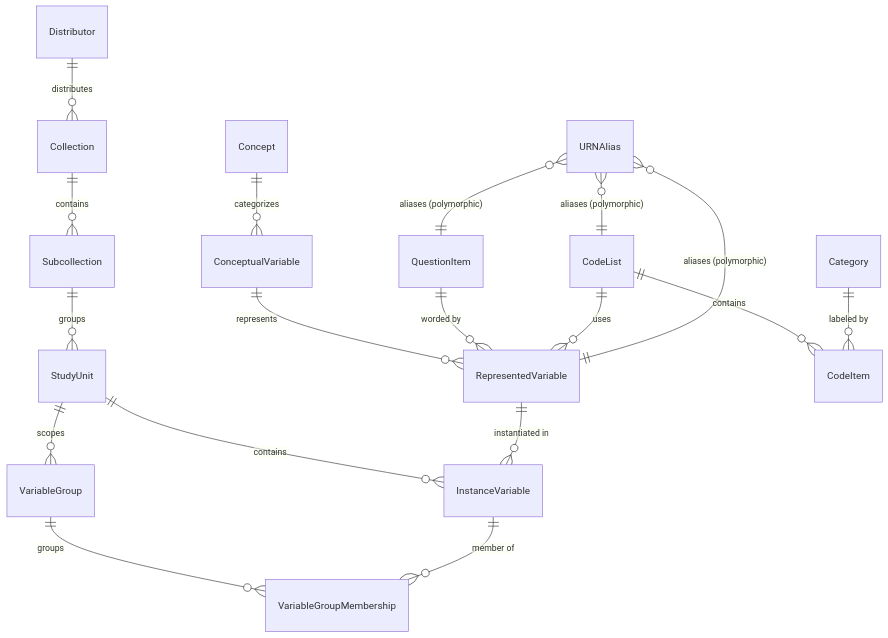
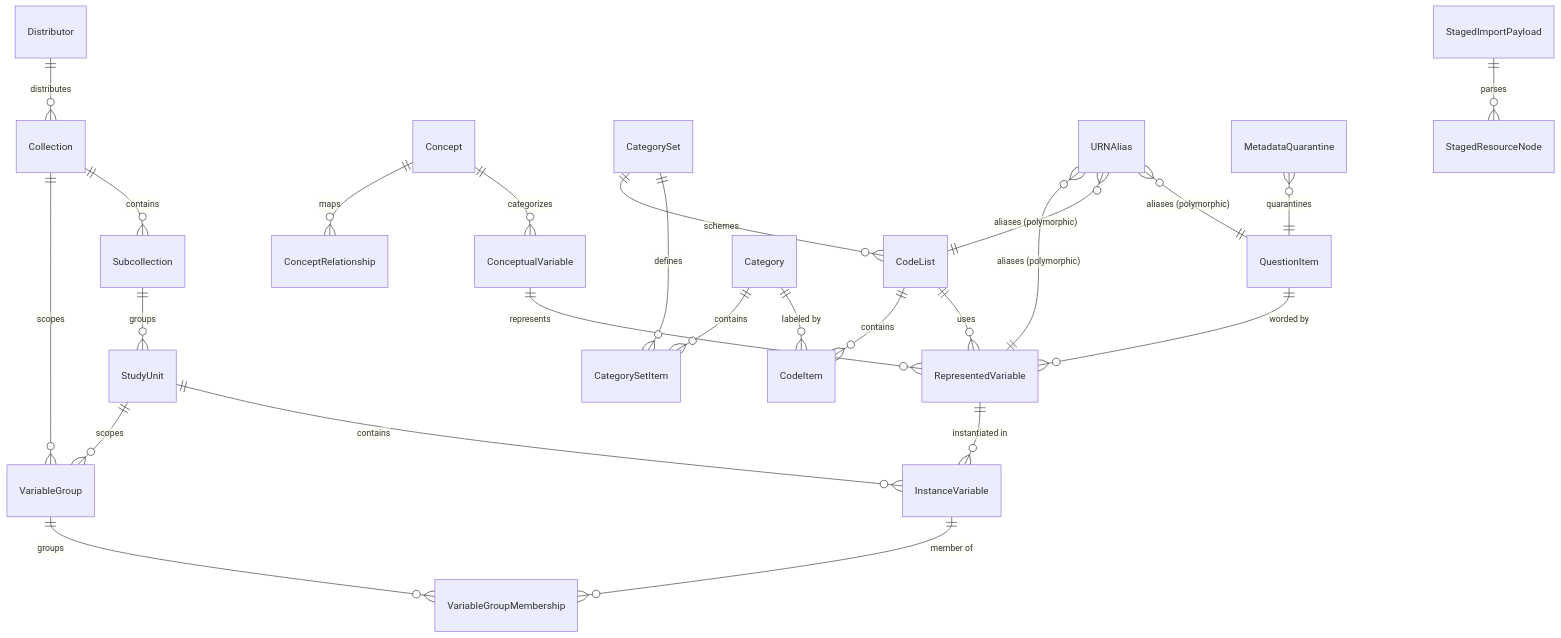
One commit to PlgaH/fairwddi-wp3-3 changed the first of 2 diagrams in deliverables/database.md. Above: the diagram before and after it, drawn with Mermaid. The commit also changed other lines of this file and 36 other files, not shown here.

Commit message:
feat: implement core DDI lifecycle data models, PostgreSQL DDL schema, and initialization utilities

````diff
--- a/deliverables/database.md
+++ b/deliverables/database.md
@@ -11,31 +11,38 @@
 ```mermaid
 erDiagram
     %% ── Organizational hierarchy ──
     Distributor ||--o{ Collection : distributes
     Collection ||--o{ Subcollection : contains
     Subcollection ||--o{ StudyUnit : groups
 
     %% ── Concept layer ──
     Concept ||--o{ ConceptualVariable : categorizes
+    Concept ||--o{ ConceptRelationship : maps
     ConceptualVariable ||--o{ RepresentedVariable : represents
 
     %% ── Representation layer ──
     QuestionItem ||--o{ RepresentedVariable : "worded by"
     CodeList ||--o{ RepresentedVariable : uses
     CodeList ||--o{ CodeItem : contains
     Category ||--o{ CodeItem : "labeled by"
+    CategorySet ||--o{ CategorySetItem : defines
+    Category ||--o{ CategorySetItem : contains
+    CategorySet ||--o{ CodeList : schemes
 
     %% ── Dataset layer ──
     StudyUnit ||--o{ InstanceVariable : contains
     RepresentedVariable ||--o{ InstanceVariable : "instantiated in"
 
     %% ── Organization layer ──
     VariableGroup ||--o{ VariableGroupMembership : groups
     InstanceVariable ||--o{ VariableGroupMembership : "member of"
     StudyUnit ||--o{ VariableGroup : scopes
+    Collection ||--o{ VariableGroup : scopes
 
     %% ── Normalization & Harmonization infrastructure ──
     URNAlias }o--|| QuestionItem : "aliases (polymorphic)"
     URNAlias }o--|| CodeList : "aliases (polymorphic)"
     URNAlias }o--|| RepresentedVariable : "aliases (polymorphic)"
+    MetadataQuarantine }o--|| QuestionItem : "quarantines"
+    StagedImportPayload ||--o{ StagedResourceNode : parses
 ```
````
